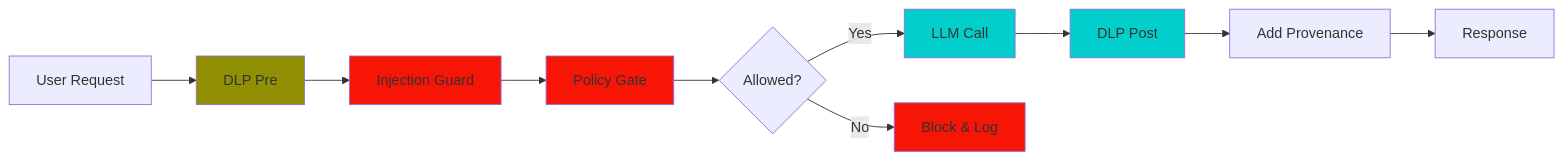
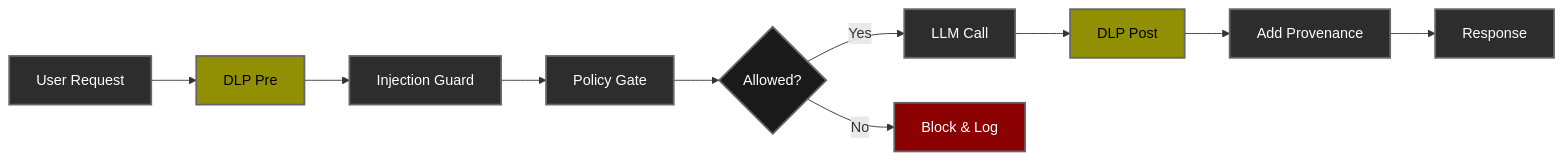
Before and after one commit to SP-Autonomy/ai-security-labs-handbook: the diagram in labs/01-pii-safe-summarizer/README.md, drawn with Mermaid.

Commit message:
Improved README readability

````diff
--- a/labs/01-pii-safe-summarizer/README.md
+++ b/labs/01-pii-safe-summarizer/README.md
@@ -239,19 +239,23 @@
 ```mermaid
 graph LR
     A[User Request] --> B[DLP Pre]
     B --> C[Injection Guard]
     C --> D[Policy Gate]
     D --> E{Allowed?}
     E -->|Yes| F[LLM Call]
     E -->|No| G[Block & Log]
     F --> H[DLP Post]
     H --> I[Add Provenance]
     I --> J[Response]
     
-    style B fill:#918f03
-    style C fill:#f71505
-    style D fill:#f71505
-    style F fill:#02cfcb
-    style H fill:#02cfcb
-    style G fill:#f71505
+    style A fill:#2d2d2d,stroke:#666,stroke-width:2px,color:#fff
+    style B fill:#918f03,stroke:#666,stroke-width:2px,color:#000
+    style C fill:#2d2d2d,stroke:#666,stroke-width:2px,color:#fff
+    style D fill:#2d2d2d,stroke:#666,stroke-width:2px,color:#fff
+    style E fill:#1a1a1a,stroke:#666,stroke-width:2px,color:#fff
+    style F fill:#2d2d2d,stroke:#666,stroke-width:2px,color:#fff
+    style G fill:#8b0000,stroke:#666,stroke-width:2px,color:#fff
+    style H fill:#918f03,stroke:#666,stroke-width:2px,color:#000
+    style I fill:#2d2d2d,stroke:#666,stroke-width:2px,color:#fff
+    style J fill:#2d2d2d,stroke:#666,stroke-width:2px,color:#fff
 ```
````
